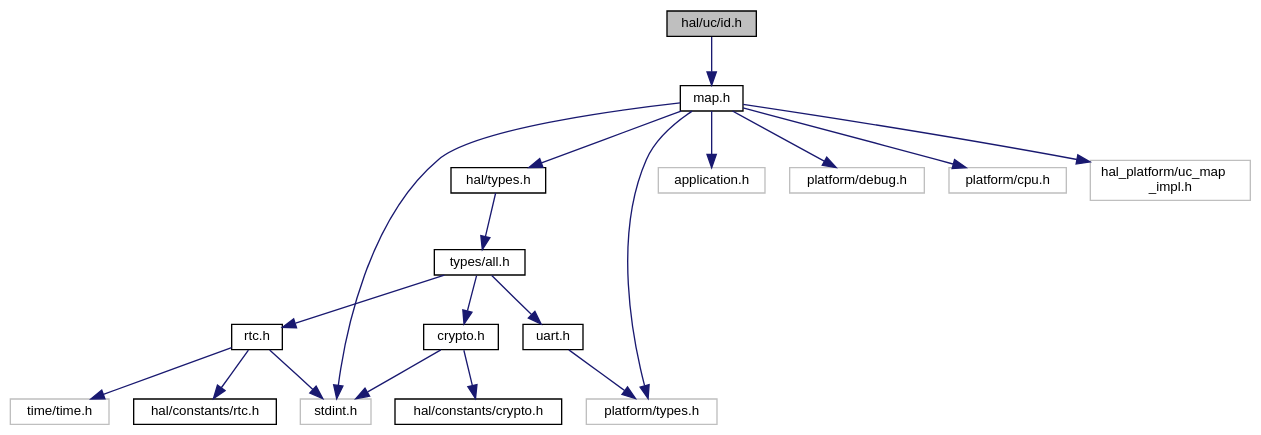
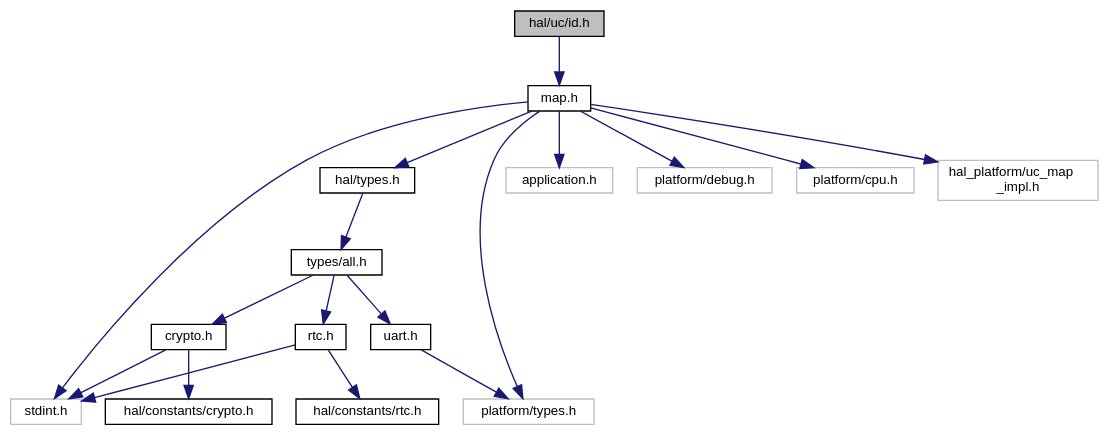
One commit to ebs-universe/piolib-hal-uc changed the diagram in id_8h__incl.dot. Above: the diagram before and after it, drawn with Graphviz. The commit also changed 140 other files, not shown here.

```diff
--- a/id_8h__incl.dot
+++ b/id_8h__incl.dot
@@ -1,42 +1,40 @@
 digraph "hal/uc/id.h"
 {
  // INTERACTIVE_SVG=YES
  // LATEX_PDF_SIZE
   bgcolor="transparent";
   edge [fontname="Helvetica",fontsize="10",labelfontname="Helvetica",labelfontsize="10"];
   node [fontname="Helvetica",fontsize="10",shape=record];
   Node1 [label="hal/uc/id.h",height=0.2,width=0.4,color="black", fillcolor="grey75", style="filled", fontcolor="black",tooltip="HAL for uC ID."];
   Node1 -> Node2 [color="midnightblue",fontsize="10",style="solid",fontname="Helvetica"];
   Node2 [label="map.h",height=0.2,width=0.4,color="black",URL="$map_8h.html",tooltip="HAL for uC Peripheral Map."];
   Node2 -> Node3 [color="midnightblue",fontsize="10",style="solid",fontname="Helvetica"];
   Node3 [label="stdint.h",height=0.2,width=0.4,color="grey75",tooltip=" "];
   Node2 -> Node4 [color="midnightblue",fontsize="10",style="solid",fontname="Helvetica"];
   Node4 [label="platform/types.h",height=0.2,width=0.4,color="grey75",tooltip=" "];
   Node2 -> Node5 [color="midnightblue",fontsize="10",style="solid",fontname="Helvetica"];
   Node5 [label="hal/types.h",height=0.2,width=0.4,color="black",URL="$types_8h_source.html",tooltip=" "];
   Node5 -> Node6 [color="midnightblue",fontsize="10",style="solid",fontname="Helvetica"];
   Node6 [label="types/all.h",height=0.2,width=0.4,color="black",URL="$types_2all_8h_source.html",tooltip=" "];
   Node6 -> Node7 [color="midnightblue",fontsize="10",style="solid",fontname="Helvetica"];
   Node7 [label="crypto.h",height=0.2,width=0.4,color="black",URL="$types_2crypto_8h_source.html",tooltip=" "];
   Node7 -> Node3 [color="midnightblue",fontsize="10",style="solid",fontname="Helvetica"];
   Node7 -> Node8 [color="midnightblue",fontsize="10",style="solid",fontname="Helvetica"];
   Node8 [label="hal/constants/crypto.h",height=0.2,width=0.4,color="black",URL="$constants_2crypto_8h_source.html",tooltip=" "];
   Node6 -> Node9 [color="midnightblue",fontsize="10",style="solid",fontname="Helvetica"];
   Node9 [label="rtc.h",height=0.2,width=0.4,color="black",URL="$types_2rtc_8h_source.html",tooltip=" "];
   Node9 -> Node3 [color="midnightblue",fontsize="10",style="solid",fontname="Helvetica"];
   Node9 -> Node10 [color="midnightblue",fontsize="10",style="solid",fontname="Helvetica"];
   Node10 [label="hal/constants/rtc.h",height=0.2,width=0.4,color="black",URL="$constants_2rtc_8h_source.html",tooltip=" "];
-  Node9 -> Node11 [color="midnightblue",fontsize="10",style="solid",fontname="Helvetica"];
-  Node11 [label="time/time.h",height=0.2,width=0.4,color="grey75",tooltip=" "];
-  Node6 -> Node12 [color="midnightblue",fontsize="10",style="solid",fontname="Helvetica"];
-  Node12 [label="uart.h",height=0.2,width=0.4,color="black",URL="$types_2uart_8h_source.html",tooltip=" "];
-  Node12 -> Node4 [color="midnightblue",fontsize="10",style="solid",fontname="Helvetica"];
+  Node6 -> Node11 [color="midnightblue",fontsize="10",style="solid",fontname="Helvetica"];
+  Node11 [label="uart.h",height=0.2,width=0.4,color="black",URL="$types_2uart_8h_source.html",tooltip=" "];
+  Node11 -> Node4 [color="midnightblue",fontsize="10",style="solid",fontname="Helvetica"];
+  Node2 -> Node12 [color="midnightblue",fontsize="10",style="solid",fontname="Helvetica"];
+  Node12 [label="application.h",height=0.2,width=0.4,color="grey75",tooltip=" "];
   Node2 -> Node13 [color="midnightblue",fontsize="10",style="solid",fontname="Helvetica"];
-  Node13 [label="application.h",height=0.2,width=0.4,color="grey75",tooltip=" "];
+  Node13 [label="platform/debug.h",height=0.2,width=0.4,color="grey75",tooltip=" "];
   Node2 -> Node14 [color="midnightblue",fontsize="10",style="solid",fontname="Helvetica"];
-  Node14 [label="platform/debug.h",height=0.2,width=0.4,color="grey75",tooltip=" "];
+  Node14 [label="platform/cpu.h",height=0.2,width=0.4,color="grey75",tooltip=" "];
   Node2 -> Node15 [color="midnightblue",fontsize="10",style="solid",fontname="Helvetica"];
-  Node15 [label="platform/cpu.h",height=0.2,width=0.4,color="grey75",tooltip=" "];
-  Node2 -> Node16 [color="midnightblue",fontsize="10",style="solid",fontname="Helvetica"];
-  Node16 [label="hal_platform/uc_map\l_impl.h",height=0.2,width=0.4,color="grey75",tooltip=" "];
+  Node15 [label="hal_platform/uc_map\l_impl.h",height=0.2,width=0.4,color="grey75",tooltip=" "];
 }
```
